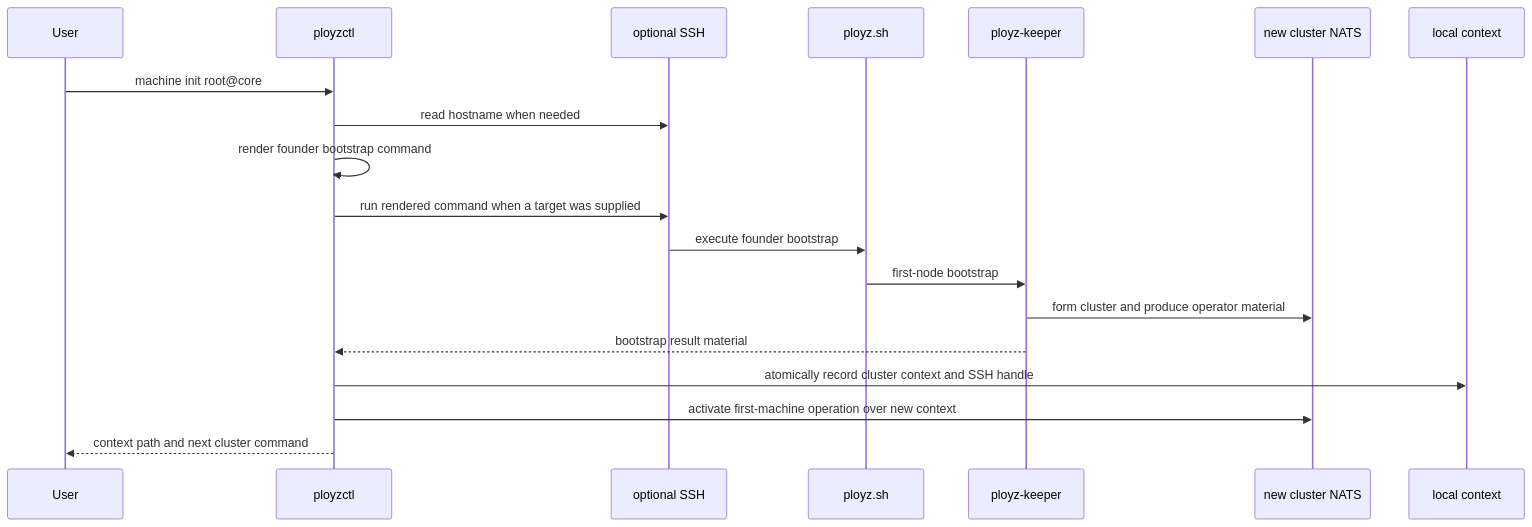
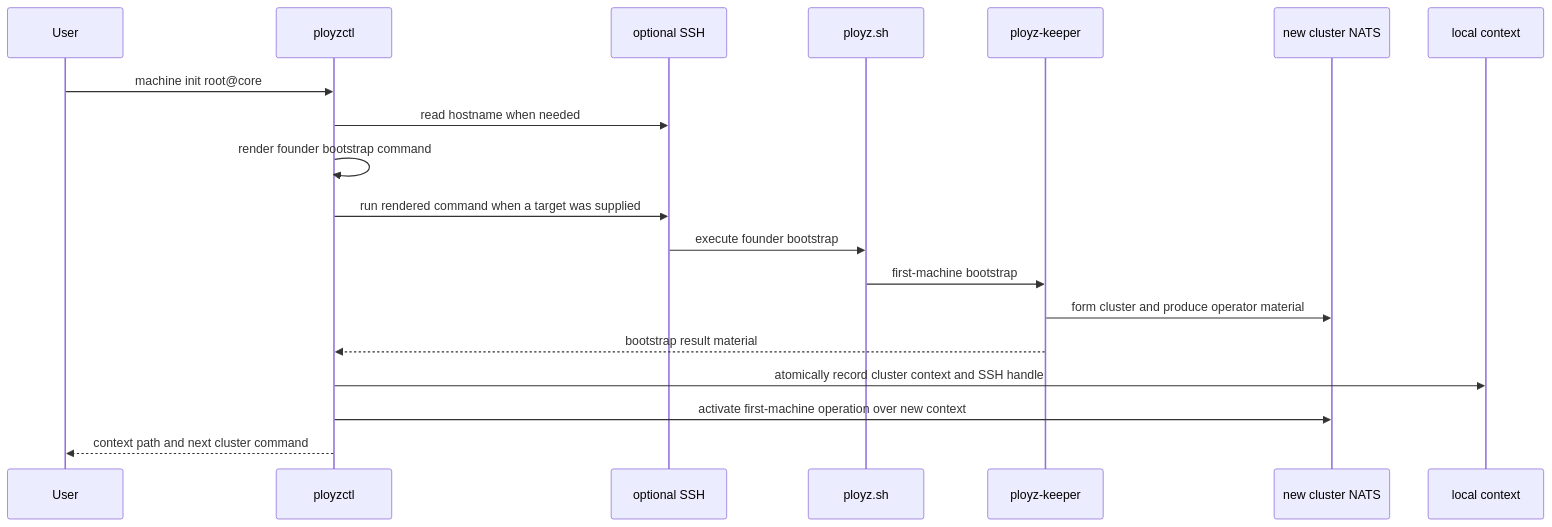
One commit to getployz/ployz changed the third of 3 diagrams in docs/plans/2026-06-16-002-refactor-bootstrap-context-simplification-plan.md. Above: the diagram before and after it, drawn with Mermaid. The commit also changed other lines of this file and 201 other files, not shown here.

````diff
--- a/docs/plans/2026-06-16-002-refactor-bootstrap-context-simplification-plan.md
+++ b/docs/plans/2026-06-16-002-refactor-bootstrap-context-simplification-plan.md
@@ -120,22 +120,22 @@
 ```mermaid
 sequenceDiagram
   participant User
   participant CLI as ployzctl
   participant SSH as optional SSH
   participant Script as ployz.sh
   participant Keeper as ployz-keeper
   participant Core as new cluster NATS
   participant Ctx as local context
 
   User->>CLI: machine init root@core
   CLI->>SSH: read hostname when needed
   CLI->>CLI: render founder bootstrap command
   CLI->>SSH: run rendered command when a target was supplied
   SSH->>Script: execute founder bootstrap
-  Script->>Keeper: first-node bootstrap
+  Script->>Keeper: first-machine bootstrap
   Keeper->>Core: form cluster and produce operator material
   Keeper-->>CLI: bootstrap result material
   CLI->>Ctx: atomically record cluster context and SSH handle
   CLI->>Core: activate first-machine operation over new context
   CLI-->>User: context path and next cluster command
 ```
````
